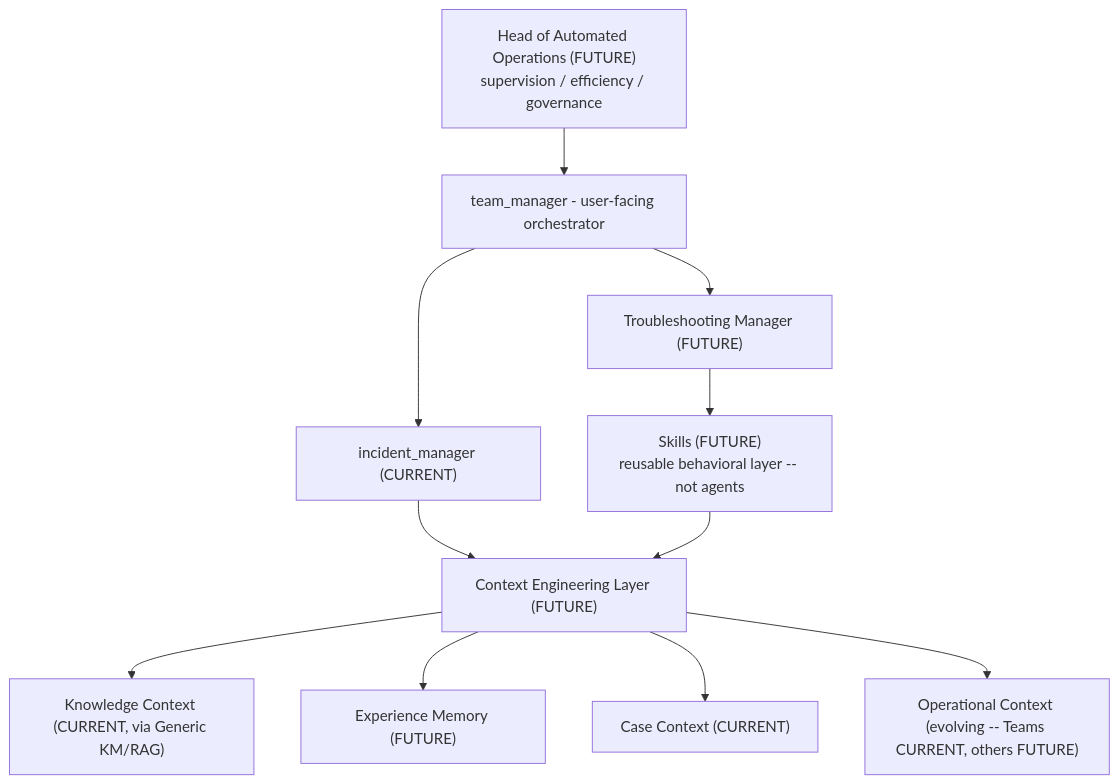
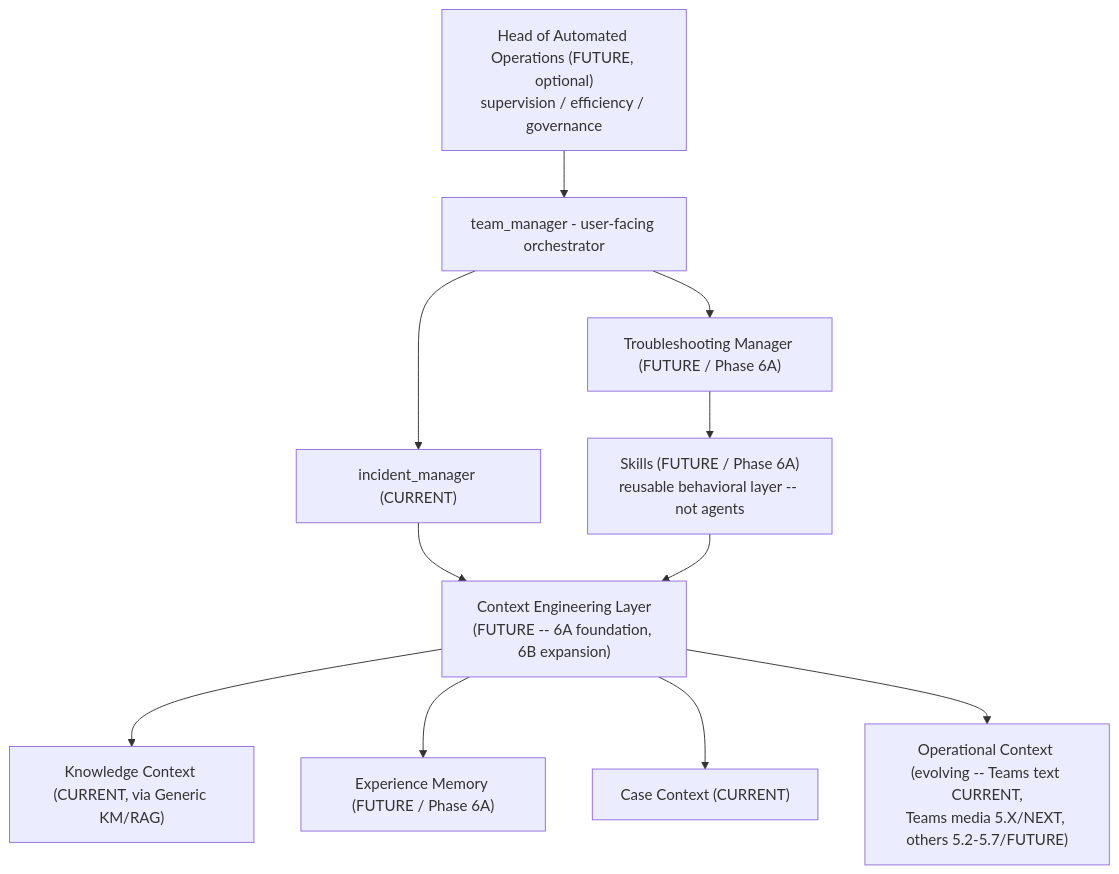
Before and after one commit to drak0niii/SLOPANOC: the second of 2 diagrams in docs/AGENT_CONTRACT.md, drawn with Mermaid. The commit also changed other lines of this file and 4 other files, not shown here.

Commit message:
docs: realign roadmap for 5x and phase 6 split

````diff
--- a/docs/AGENT_CONTRACT.md
+++ b/docs/AGENT_CONTRACT.md
@@ -69,13 +73,13 @@
 ```mermaid
 flowchart TD
-    HOO["Head of Automated Operations (FUTURE)<br/>supervision / efficiency / governance"] --> TM[team_manager - user-facing orchestrator]
+    HOO["Head of Automated Operations (FUTURE, optional)<br/>supervision / efficiency / governance"] --> TM[team_manager - user-facing orchestrator]
     TM --> IM["incident_manager (CURRENT)"]
-    TM --> TSM["Troubleshooting Manager (FUTURE)"]
-    TSM --> SK["Skills (FUTURE)<br/>reusable behavioral layer -- not agents"]
-    IM --> CEL["Context Engineering Layer (FUTURE)"]
+    TM --> TSM["Troubleshooting Manager (FUTURE / Phase 6A)"]
+    TSM --> SK["Skills (FUTURE / Phase 6A)<br/>reusable behavioral layer -- not agents"]
+    IM --> CEL["Context Engineering Layer<br/>(FUTURE -- 6A foundation, 6B expansion)"]
     SK --> CEL
     CEL --> KC["Knowledge Context (CURRENT, via Generic KM/RAG)"]
-    CEL --> EM["Experience Memory (FUTURE)"]
+    CEL --> EM["Experience Memory (FUTURE / Phase 6A)"]
     CEL --> CC["Case Context (CURRENT)"]
-    CEL --> OC["Operational Context (evolving -- Teams CURRENT, others FUTURE)"]
+    CEL --> OC["Operational Context (evolving -- Teams text CURRENT,<br/>Teams media 5.X/NEXT, others 5.2-5.7/FUTURE)"]
 ```
````
